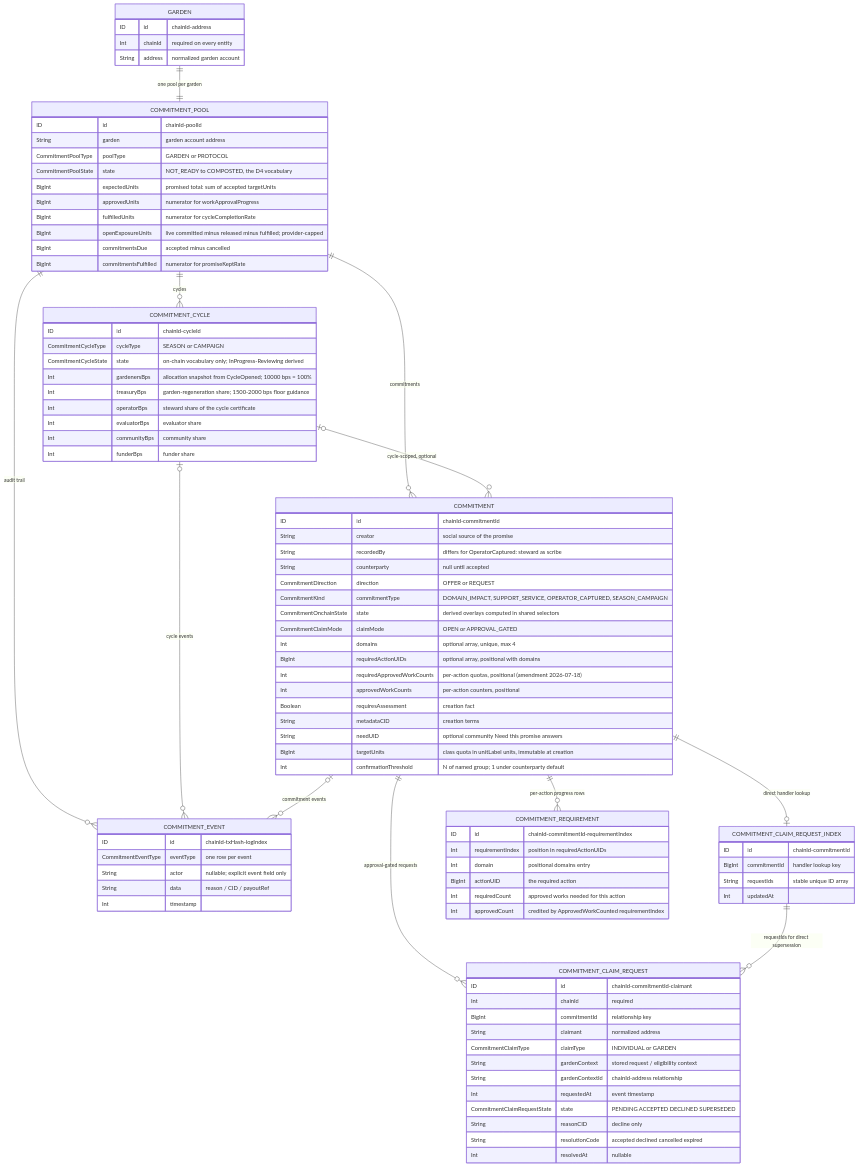
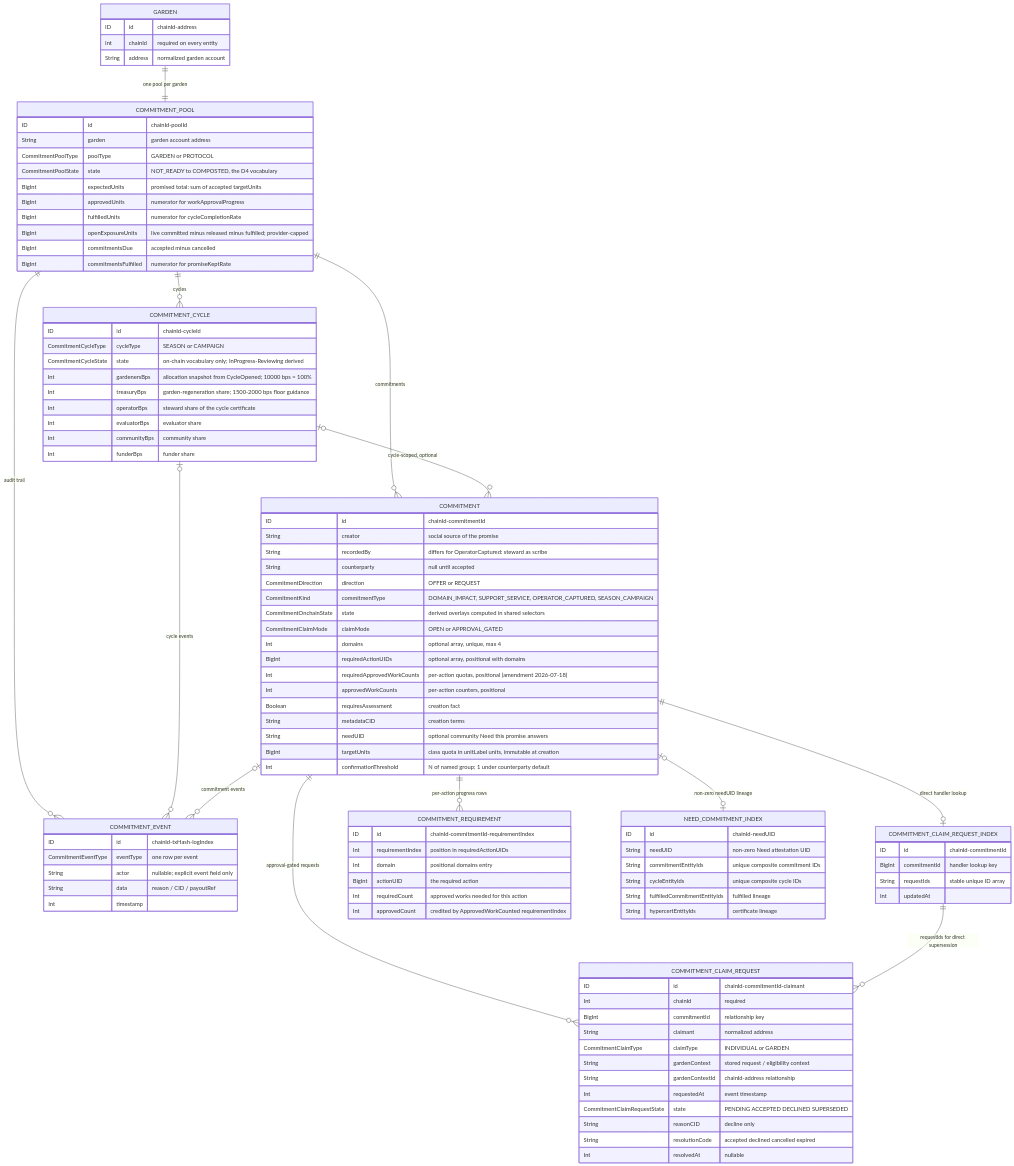
Before and after one commit to greenpill-dev-guild/green-goods: diagram 11 of 18 in .plans/active/commitment-pooling/diagrams.md, drawn with Mermaid. The commit also changed other lines of this file and 41 other files, not shown here.

Commit message:
refactor(shared,client): streamline commitment pooling flows

````diff
--- a/.plans/active/commitment-pooling/diagrams.md
+++ b/.plans/active/commitment-pooling/diagrams.md
@@ -485,6 +485,7 @@
   COMMITMENT ||--o| COMMITMENT_CLAIM_REQUEST_INDEX : "direct handler lookup"
   COMMITMENT_CLAIM_REQUEST_INDEX ||--o{ COMMITMENT_CLAIM_REQUEST : "requestIds for direct supersession"
   COMMITMENT ||--o{ COMMITMENT_REQUIREMENT : "per-action progress rows"
+  COMMITMENT |o--o| NEED_COMMITMENT_INDEX : "non-zero needUID lineage"
 
   GARDEN {
     ID id "chainId-address"
@@ -569,4 +570,12 @@
     String data "reason / CID / payoutRef"
     Int timestamp ""
   }
+  NEED_COMMITMENT_INDEX {
+    ID id "chainId-needUID"
+    String needUID "non-zero Need attestation UID"
+    String commitmentEntityIds "unique composite commitment IDs"
+    String cycleEntityIds "unique composite cycle IDs"
+    String fulfilledCommitmentEntityIds "fulfilled lineage"
+    String hypercertEntityIds "certificate lineage"
+  }
 ```
````
